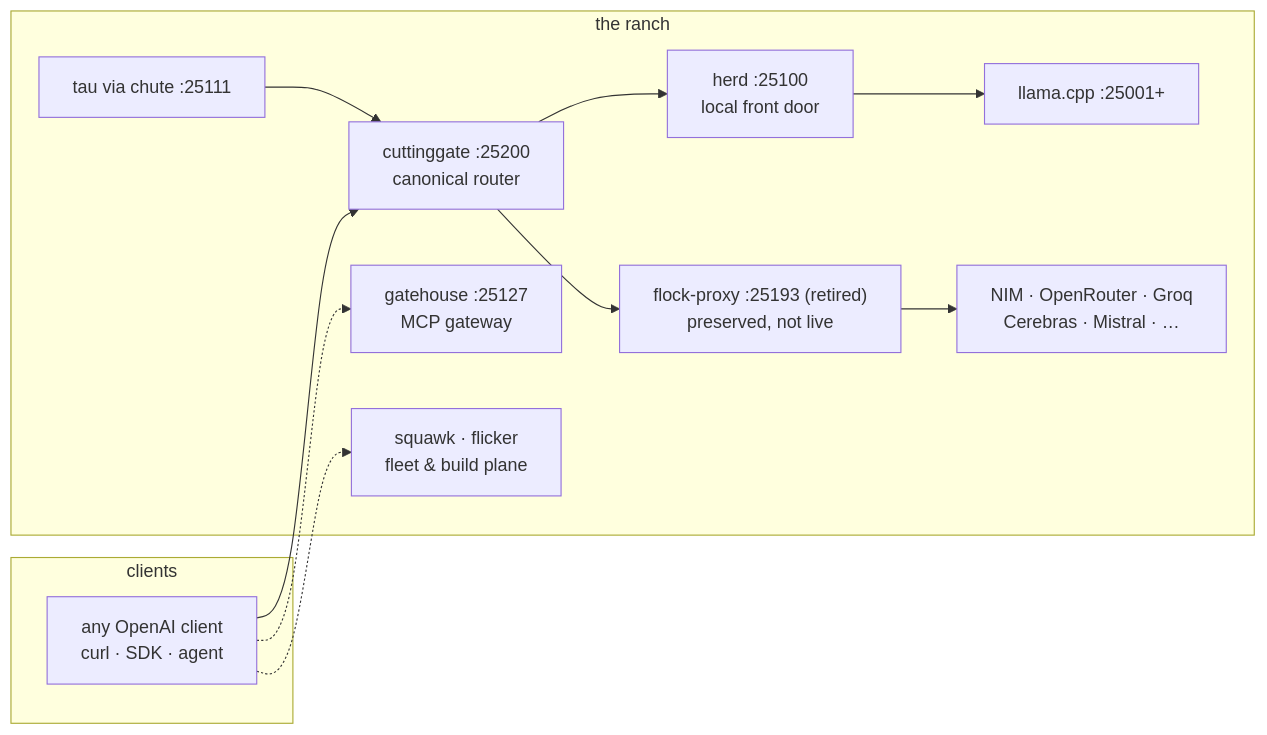
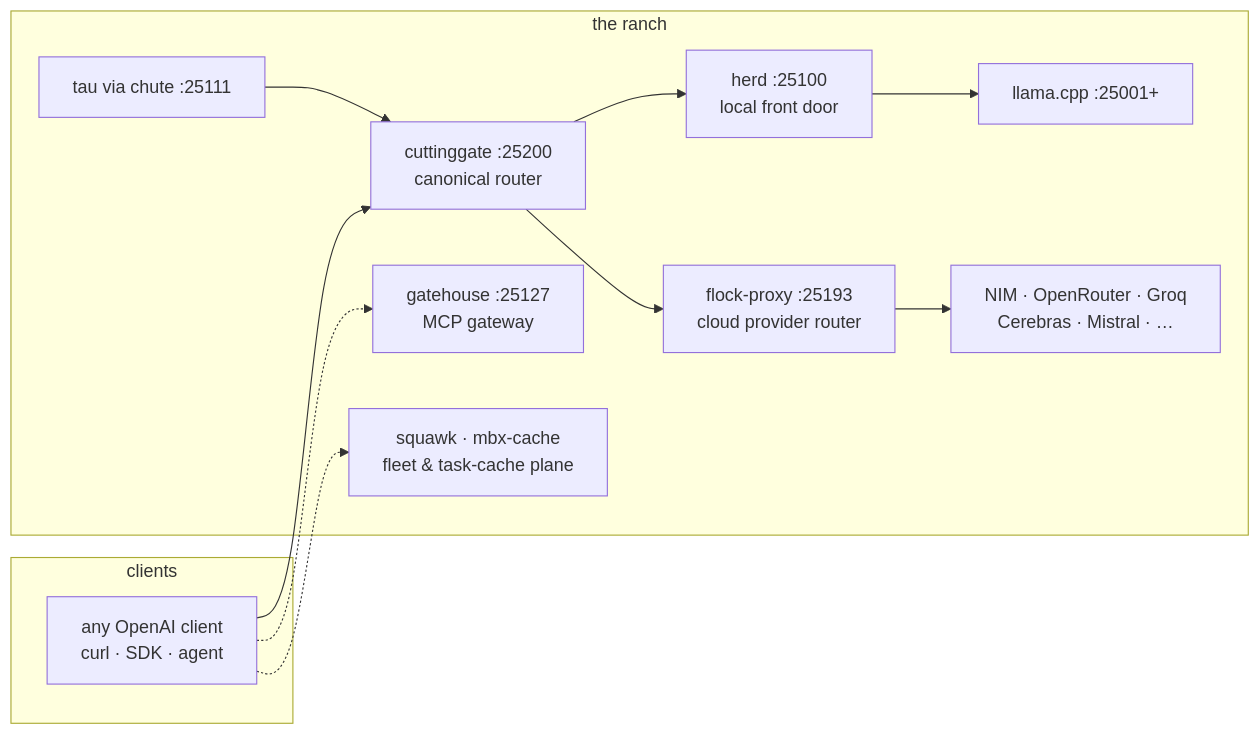
The diagram in README.md (toxicwind/ranch), drawn with Mermaid before and after one commit. The commit also changed other lines of this file and 74 other files, not shown here.

````diff
--- a/README.md
+++ b/README.md
@@ -152,24 +152,24 @@
 ```mermaid
 flowchart LR
     subgraph clients["clients"]
         A["any OpenAI client<br/>curl · SDK · agent"]
     end
     subgraph ranch["the ranch"]
         CG["cuttinggate :25200<br/>canonical router"]
         HERD["herd :25100<br/>local front door"]
-        FLOCK["flock-proxy :25193 (retired)<br/>preserved, not live"]
+        FLOCK["flock-proxy :25193<br/>cloud provider router"]
         ENG["llama.cpp :25001+"]
         CLOUD["NIM · OpenRouter · Groq<br/>Cerebras · Mistral · …"]
         TAU["tau via chute :25111"]
         GH["gatehouse :25127<br/>MCP gateway"]
-        SUP["squawk · flicker<br/>fleet & build plane"]
+        SUP["squawk · mbx-cache<br/>fleet & task-cache plane"]
     end
     A --> CG
     TAU --> CG
     CG --> HERD
     CG --> FLOCK
     HERD --> ENG
     FLOCK --> CLOUD
     A -.-> GH
     A -.-> SUP
 ```
````
